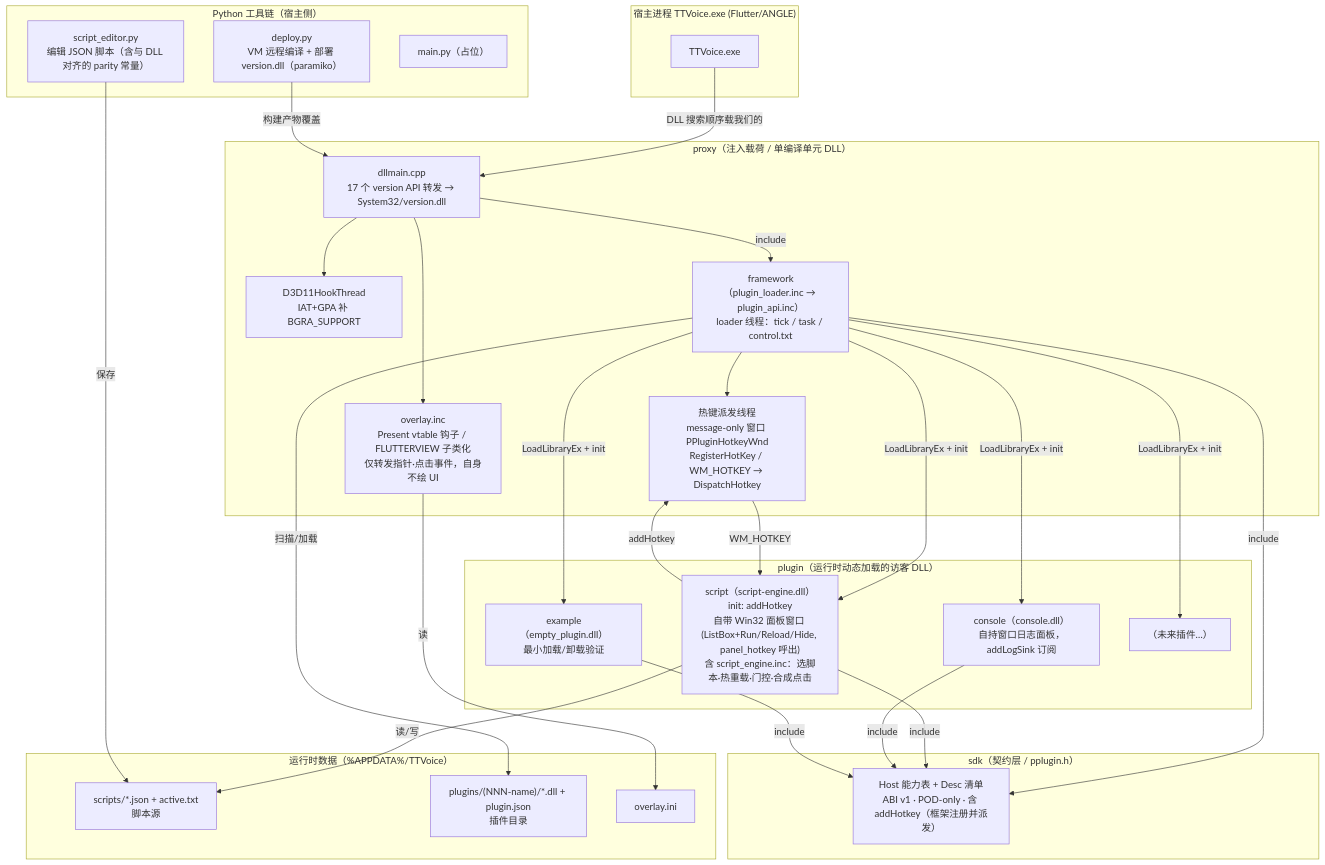
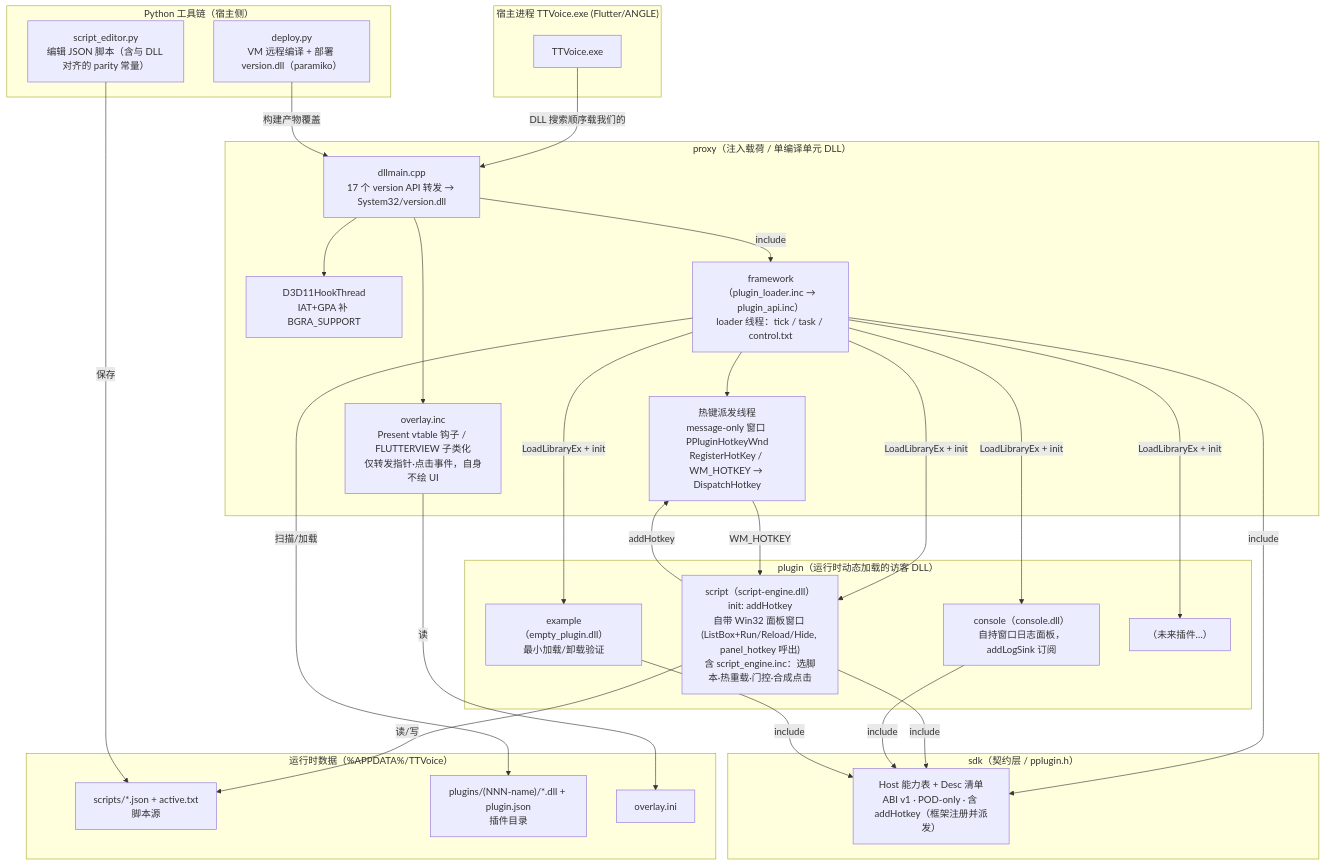
The first of 2 diagrams in docs/架构图2.md (Qr1mln/PlusPlugin), drawn with Mermaid before and after one commit. The commit also changed 1 other file, not shown here.

Commit message:
docs: 清理架构图中已删除的 main.py 引用

````diff
--- a/docs/架构图2.md
+++ b/docs/架构图2.md
@@ -8,61 +8,60 @@
 ```mermaid
 graph TB
     subgraph "宿主进程 TTVoice.exe (Flutter/ANGLE)"
         EXE["TTVoice.exe"]
     end
 
     subgraph "proxy（注入载荷 / 单编译单元 DLL）"
         PROXY["dllmain.cpp<br/>17 个 version API 转发 → System32/version.dll"]
         BGRA["D3D11HookThread<br/>IAT+GPA 补 BGRA_SUPPORT"]
         OVERLAY["overlay.inc<br/>Present vtable 钩子 / FLUTTERVIEW 子类化<br/>仅转发指针·点击事件，自身不绘 UI"]
         FRAME["framework（plugin_loader.inc → plugin_api.inc）<br/>loader 线程：tick / task / control.txt"]
         HK["热键派发线程<br/>message-only 窗口 PPluginHotkeyWnd<br/>RegisterHotKey / WM_HOTKEY → DispatchHotkey"]
     end
 
     subgraph "sdk（契约层 / pplugin.h）"
         ABI["Host 能力表 + Desc 清单<br/>ABI v1 · POD-only · 含 addHotkey（框架注册并派发）"]
     end
 
     subgraph "plugin（运行时动态加载的访客 DLL）"
         SCRIPT_PLUGIN["script（script-engine.dll）<br/>init: addHotkey<br/>自带 Win32 面板窗口 (ListBox+Run/Reload/Hide, panel_hotkey 呼出)<br/>含 script_engine.inc：选脚本·热重载·门控·合成点击"]
         CON["console（console.dll）<br/>自持窗口日志面板，addLogSink 订阅"]
         EX["example（empty_plugin.dll）<br/>最小加载/卸载验证"]
         MORE["（未来插件…）"]
     end
 
     subgraph "运行时数据（%APPDATA%/TTVoice）"
         SCRIPTS["scripts/*.json + active.txt<br/>脚本源"]
         PLGDIR["plugins/(NNN-name)/*.dll + plugin.json<br/>插件目录"]
         INI["overlay.ini"]
     end
 
     subgraph "Python 工具链（宿主侧）"
         EDITOR["script_editor.py<br/>编辑 JSON 脚本（含与 DLL 对齐的 parity 常量）"]
         DEPLOY["deploy.py<br/>VM 远程编译 + 部署 version.dll（paramiko）"]
-        MAIN["main.py（占位）"]
     end
 
     EXE -->|DLL 搜索顺序载我们的| PROXY
     PROXY --> BGRA
     PROXY --> OVERLAY
     PROXY -->|include| FRAME
     FRAME --> HK
     FRAME -->|include| ABI
     SCRIPT_PLUGIN -->|include| ABI
     CON -->|include| ABI
     EX -->|include| ABI
 
     FRAME -->|LoadLibraryEx + init| SCRIPT_PLUGIN
     FRAME -->|LoadLibraryEx + init| CON
     FRAME -->|LoadLibraryEx + init| EX
     FRAME -->|LoadLibraryEx + init| MORE
 
     SCRIPT_PLUGIN -->|addHotkey| HK
     HK -->|WM_HOTKEY| SCRIPT_PLUGIN
 
     SCRIPT_PLUGIN -->|读/写| SCRIPTS
     FRAME -->|扫描/加载| PLGDIR
     OVERLAY -->|读| INI
     EDITOR -->|保存| SCRIPTS
     DEPLOY -->|构建产物覆盖| PROXY
 ```
````
